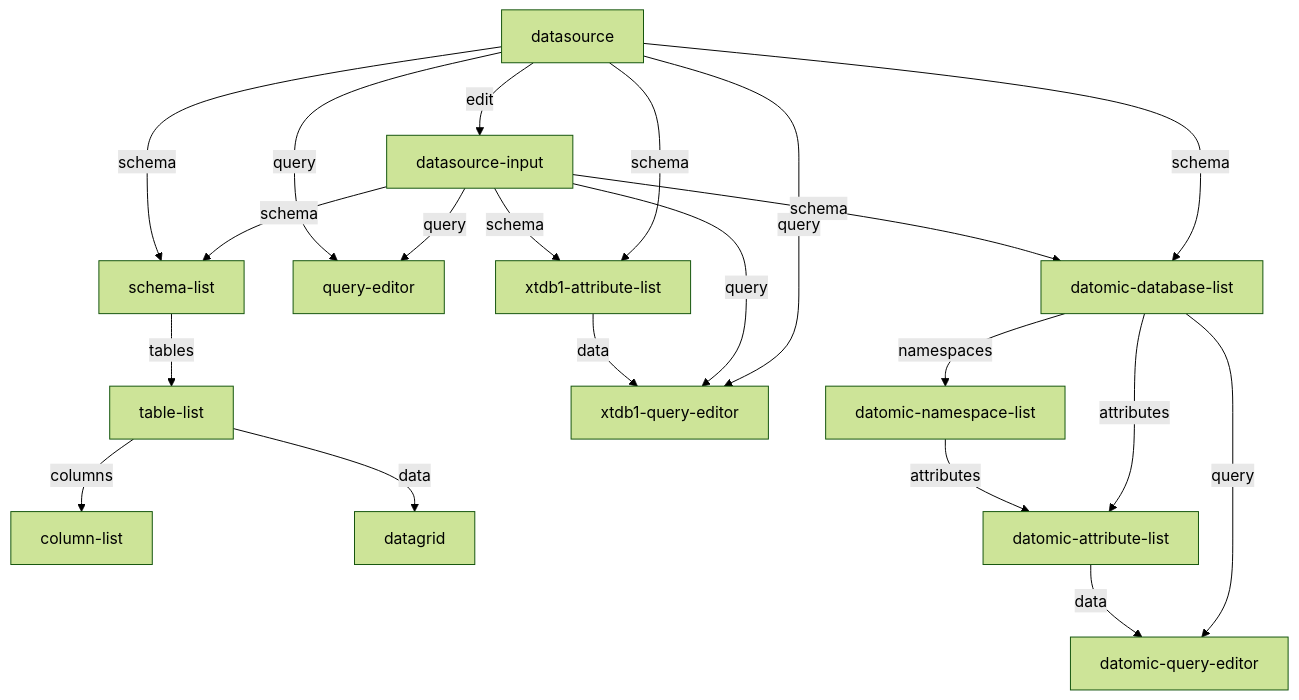
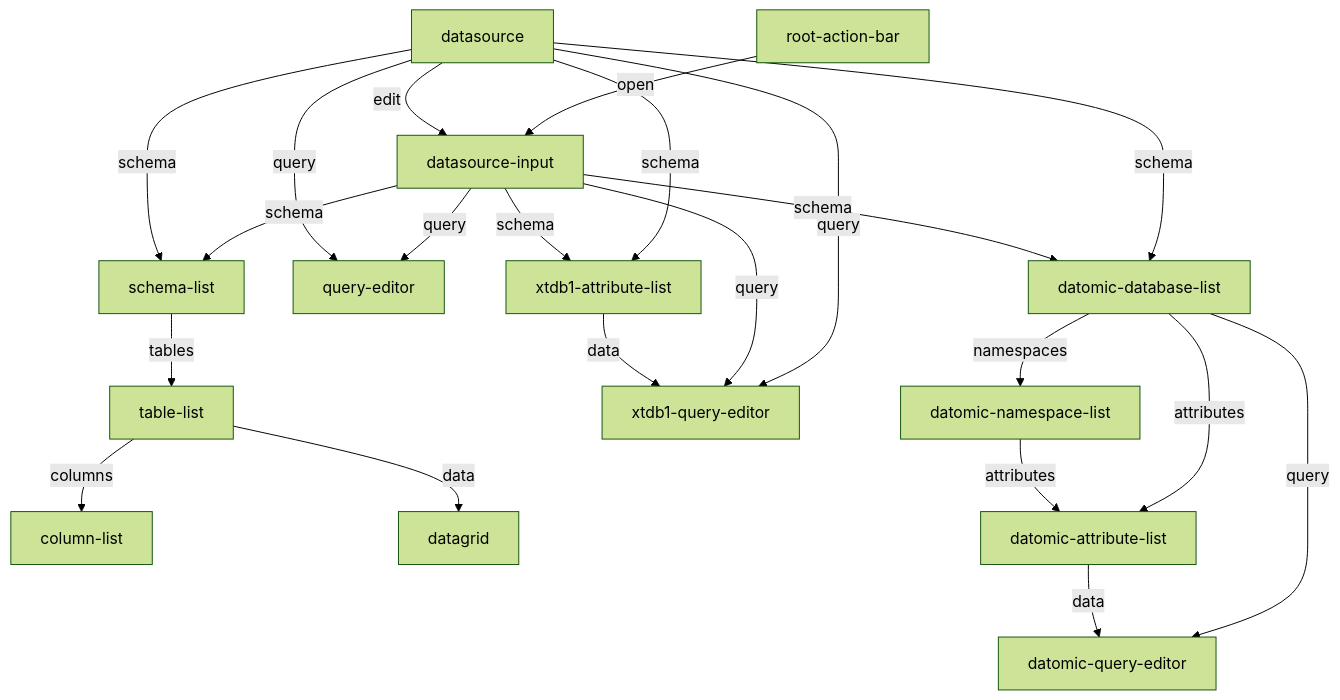
One commit to dundalek/daba changed the diagram in doc/viewers.md. Above: the diagram before and after it, drawn with Mermaid (forest theme). The commit also changed 4 other files, not shown here.

Commit message:
add root action bar

````diff
--- a/doc/viewers.md
+++ b/doc/viewers.md
@@ -4,25 +4,27 @@
 ```mermaid
 flowchart TB
+  root-action-bar -- open --> datasource-input
+
   datasource -- edit --> datasource-input
   datasource-input -- schema --> schema-list
   datasource-input -- query --> query-editor
   datasource -- schema --> schema-list
   datasource -- query --> query-editor
   schema-list -- tables --> table-list
   table-list -- columns --> column-list
   table-list -- data --> datagrid
 
   datasource -- schema --> xtdb1-attribute-list
   datasource-input -- schema --> xtdb1-attribute-list
   datasource -- query --> xtdb1-query-editor
   datasource-input -- query --> xtdb1-query-editor
   xtdb1-attribute-list -- data --> xtdb1-query-editor
 
   datasource -- schema --> datomic-database-list
   datasource-input -- schema --> datomic-database-list
   datomic-database-list -- namespaces --> datomic-namespace-list
   datomic-database-list -- attributes --> datomic-attribute-list
   datomic-database-list -- query --> datomic-query-editor
   datomic-attribute-list -- data --> datomic-query-editor
   datomic-namespace-list -- attributes --> datomic-attribute-list
 ```
````
